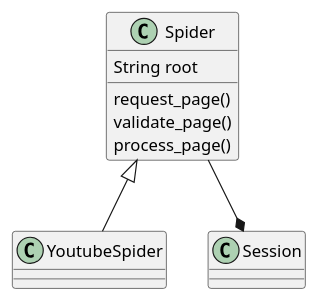
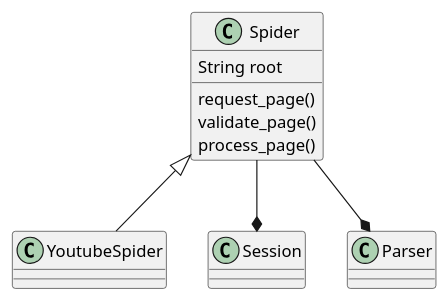
The diagram in uml.puml (AntonMaxen/TH-Spyder), drawn with PlantUML before and after one commit. The commit also changed 2 other files, not shown here.

Commit message:
Added Parser class that handles information extraction of downloaded page

```diff
--- a/uml.puml
+++ b/uml.puml
@@ -1,11 +1,12 @@
 @startuml
 Spider <|-- YoutubeSpider
 Spider --* Session
+Spider --* Parser
 
 Spider : String root
 Spider : request_page()
 Spider : validate_page()
 Spider : process_page()
 
 
 @enduml
```
